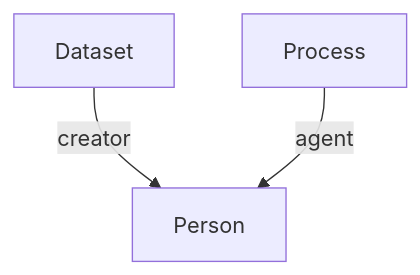
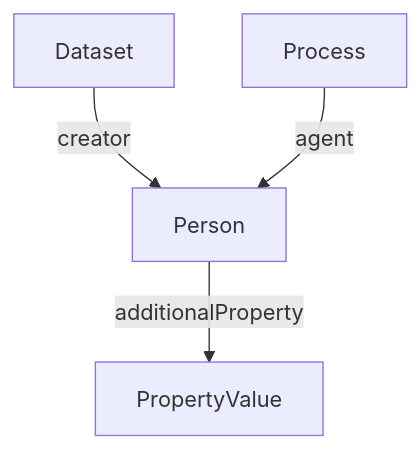
One commit to HLWeil/ProcessCore changed the diagram in spec/core/Person.md. Above: the diagram before and after it, drawn with Mermaid. The commit also changed other lines of this file and 17 other files, not shown here.

````diff
--- a/spec/core/Person.md
+++ b/spec/core/Person.md
@@ -22,5 +23,6 @@
 ```mermaid
 flowchart TD
     Dataset --creator--> Person
     Process --agent--> Person
+    Person --additionalProperty--> PropertyValue
 ```
````
